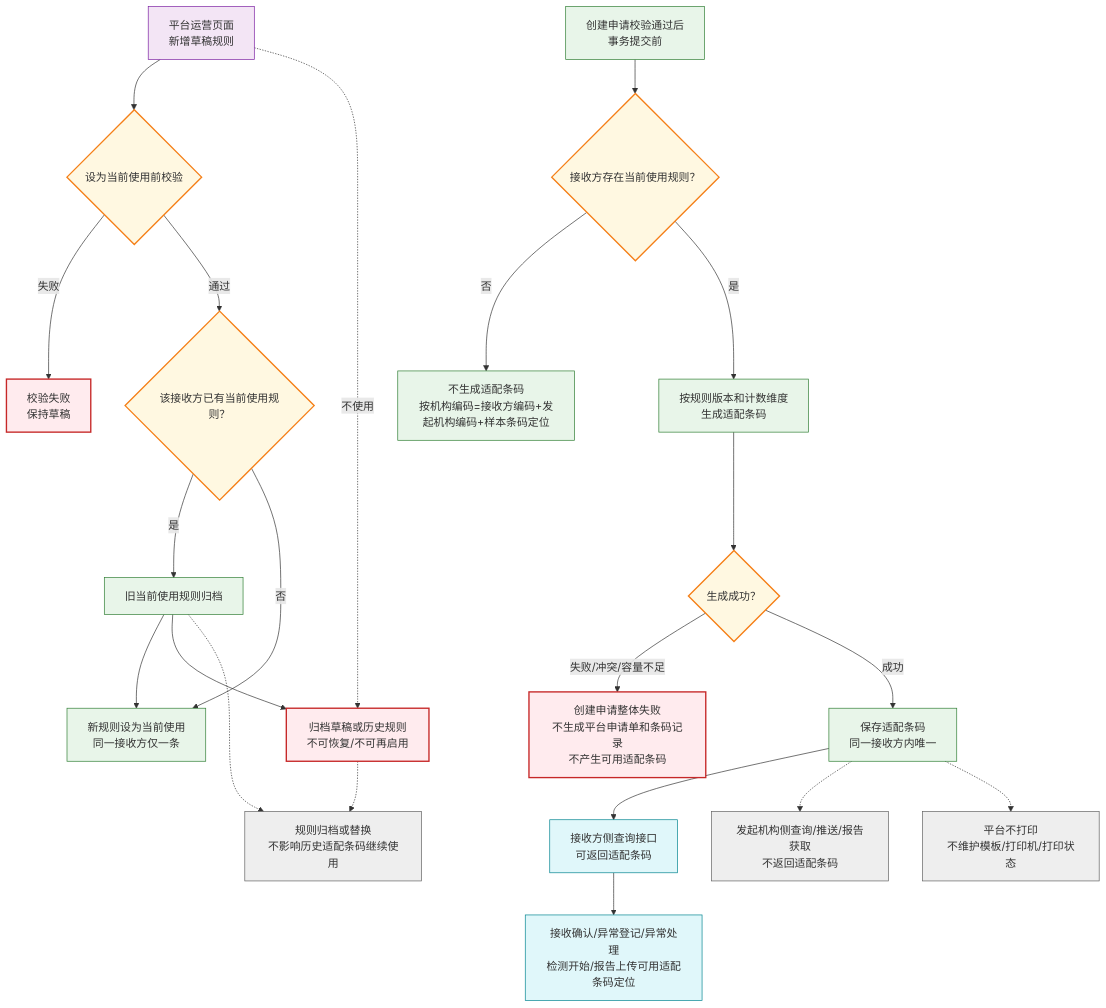
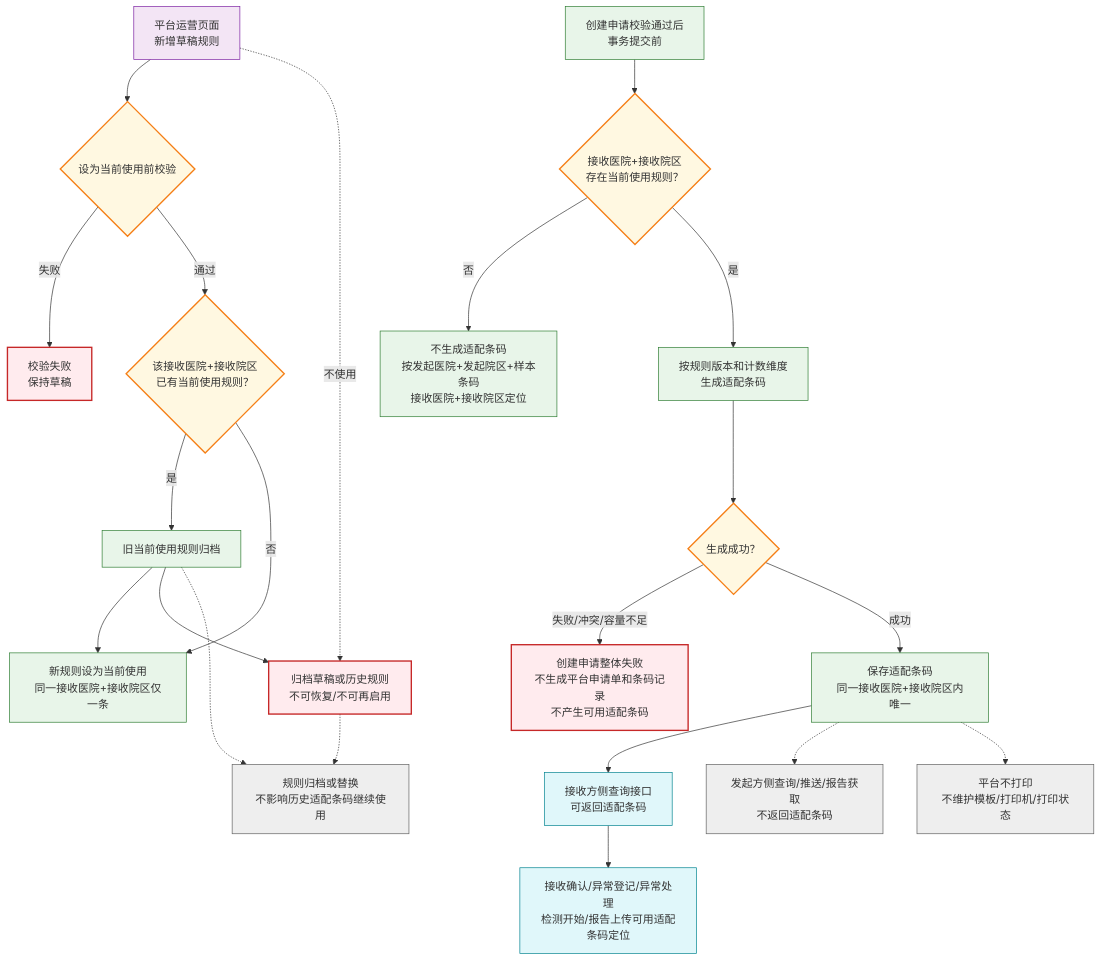
One commit to taskMain/Lis changed the eighth of 8 diagrams in 协同平台/政策文档/版本7/需求规约 - 检验中心协同平台.md. Above: the diagram before and after it, drawn with Mermaid. The commit also changed other lines of this file and 2 other files, not shown here.

Commit message:
docs(PRD): 重构流程图整合版文档，提取条码流转主流程并补充子流程与规则说明，提升可读性与维护性

````diff
--- a/协同平台/政策文档/版本7/需求规约 - 检验中心协同平台.md
+++ b/协同平台/政策文档/版本7/需求规约 - 检验中心协同平台.md
@@ -1723,51 +1817,51 @@
 ```mermaid
 flowchart TB
     classDef page fill:#f3e5f5,stroke:#7b1fa2,stroke-width:1px
     classDef process fill:#e8f5e9,stroke:#2e7d32,stroke-width:1px
     classDef decision fill:#fff8e1,stroke:#f57f17,stroke-width:2px
     classDef terminal fill:#ffebee,stroke:#c62828,stroke-width:2px
     classDef external fill:#e0f7fa,stroke:#00838f,stroke-width:1px
     classDef note fill:#eeeeee,stroke:#616161,stroke-width:1px
 
     R1["平台运营页面<br>新增草稿规则"]:::page
     R2{"设为当前使用前校验"}:::decision
     R3["校验失败<br>保持草稿"]:::terminal
-    R4{"该接收方已有当前使用规则？"}:::decision
+    R4{"该接收医院+接收院区<br>已有当前使用规则？"}:::decision
     R5["旧当前使用规则归档"]:::process
-    R6["新规则设为当前使用<br>同一接收方仅一条"]:::process
+    R6["新规则设为当前使用<br>同一接收医院+接收院区仅一条"]:::process
     R7["归档草稿或历史规则<br>不可恢复/不可再启用"]:::terminal
 
     R1 --> R2
     R2 -->|"失败"| R3
     R2 -->|"通过"| R4
     R4 -->|"是"| R5 --> R6
     R4 -->|"否"| R6
     R1 -.->|"不使用"| R7
     R5 --> R7
 
     A1["创建申请校验通过后<br>事务提交前"]:::process
-    A2{"接收方存在当前使用规则？"}:::decision
-    A3["不生成适配条码<br>按机构编码=接收方编码+发起机构编码+样本条码定位"]:::process
+    A2{"接收医院+接收院区<br>存在当前使用规则？"}:::decision
+    A3["不生成适配条码<br>按发起医院+发起院区+样本条码<br>接收医院+接收院区定位"]:::process
     A4["按规则版本和计数维度<br>生成适配条码"]:::process
     A5{"生成成功？"}:::decision
     A6["创建申请整体失败<br>不生成平台申请单和条码记录<br>不产生可用适配条码"]:::terminal
-    A7["保存适配条码<br>同一接收方内唯一"]:::process
+    A7["保存适配条码<br>同一接收医院+接收院区内唯一"]:::process
 
     A1 --> A2
     A2 -->|"否"| A3
     A2 -->|"是"| A4 --> A5
     A5 -->|"失败/冲突/容量不足"| A6
     A5 -->|"成功"| A7
 
     U1["接收方侧查询接口<br>可返回适配条码"]:::external
     U2["接收确认/异常登记/异常处理<br>检测开始/报告上传可用适配条码定位"]:::external
-    U3["发起机构侧查询/推送/报告获取<br>不返回适配条码"]:::note
+    U3["发起方侧查询/推送/报告获取<br>不返回适配条码"]:::note
     U4["平台不打印<br>不维护模板/打印机/打印状态"]:::note
     U5["规则归档或替换<br>不影响历史适配条码继续使用"]:::note
 
     A7 --> U1 --> U2
     A7 -.-> U3
     A7 -.-> U4
     R5 -.-> U5
     R7 -.-> U5
 ```
````
